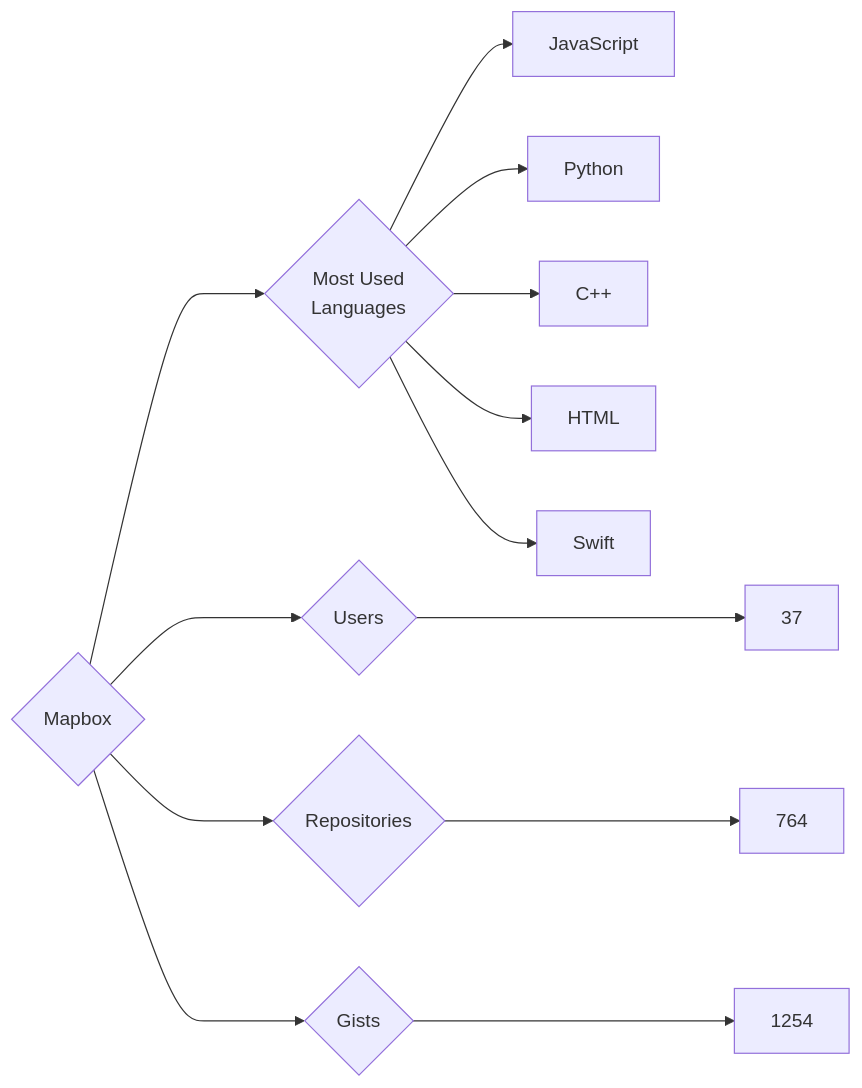
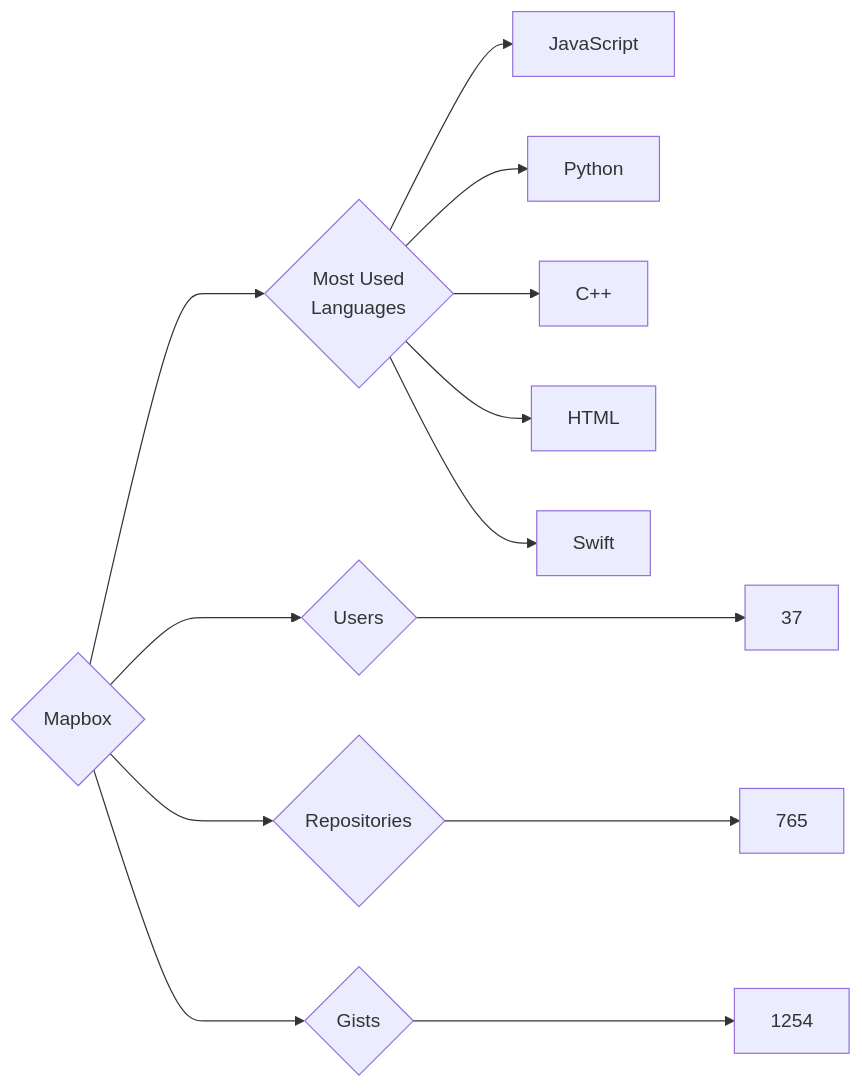
Before and after one commit to trickest/insiders: the diagram in targets/Mapbox/README.md, drawn with Mermaid. The commit also changed 622 other files, not shown here.

````diff
--- a/targets/Mapbox/README.md
+++ b/targets/Mapbox/README.md
@@ -3,13 +3,13 @@
 ```mermaid
 graph LR
 COMPANY_NAME{Mapbox}
 COMPANY_NAME ---> U{Users} ---> UN[37]
-COMPANY_NAME ---> R{Repositories} ---> RN[764]
+COMPANY_NAME ---> R{Repositories} ---> RN[765]
 COMPANY_NAME ---> G{Gists} ---> GN[1254]
 COMPANY_NAME ---> ML{Most Used<br>Languages}
 ML --> JavaScript[JavaScript]
 ML --> Python[Python]
 ML --> C++[C++]
 ML --> HTML[HTML]
 ML --> Swift[Swift]
 ```
````
